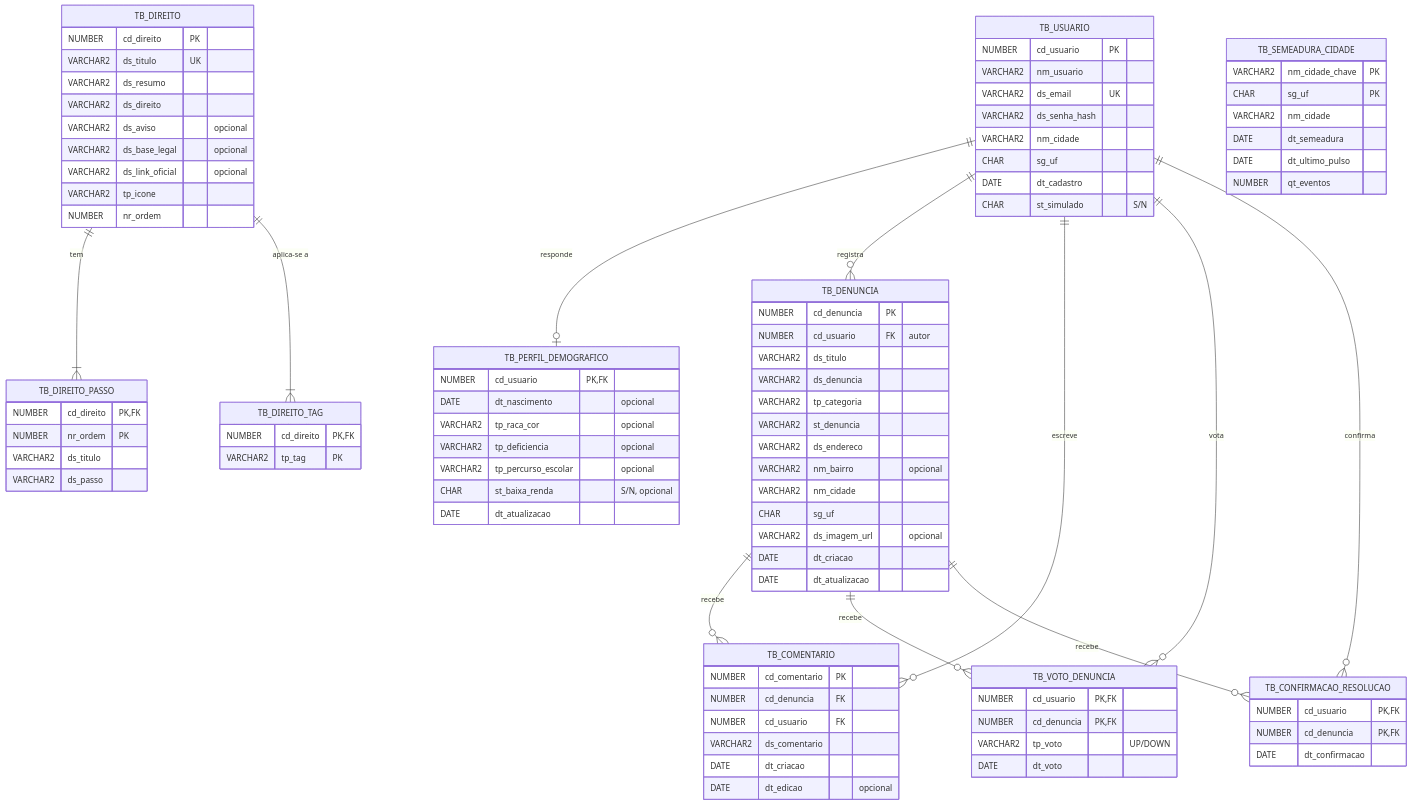
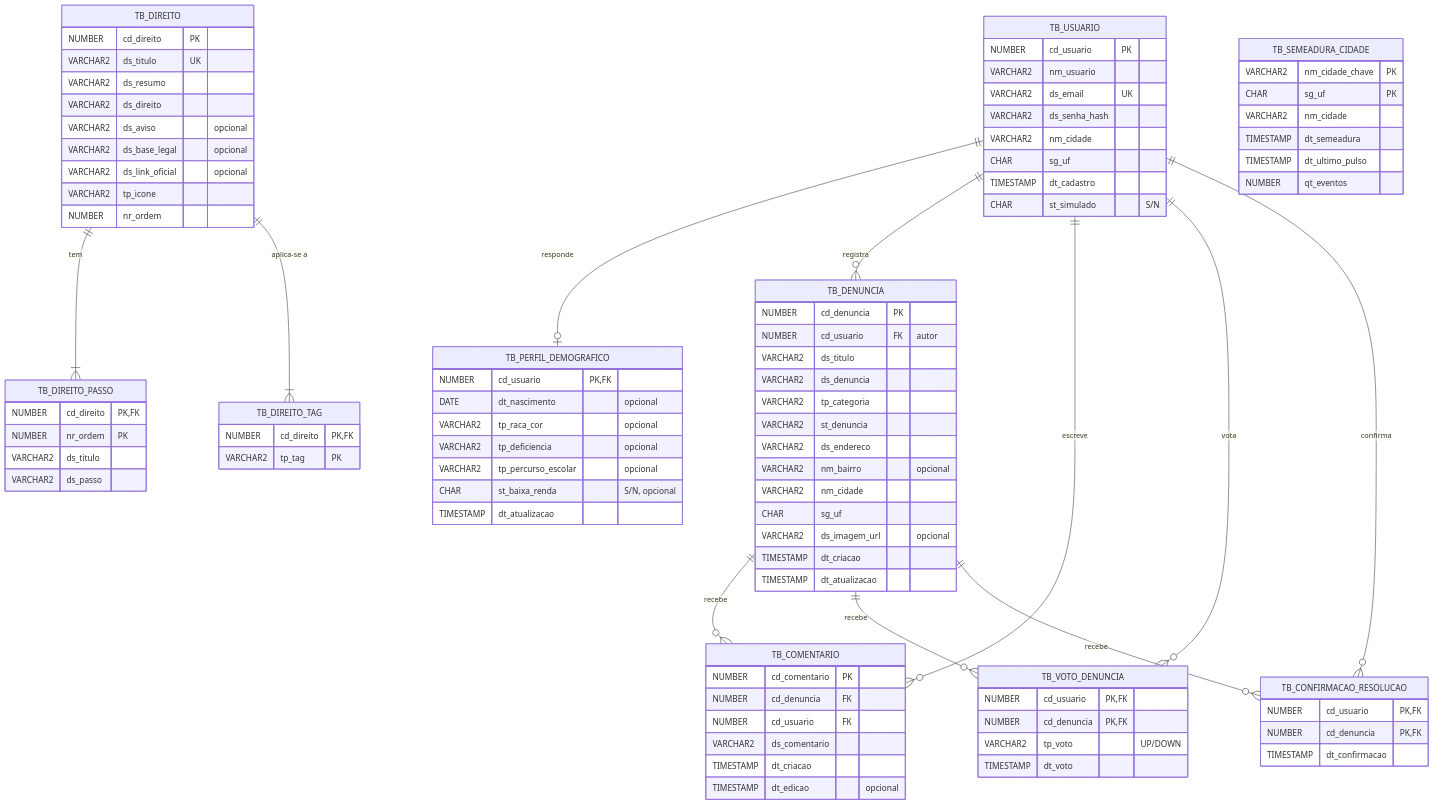
Before and after one commit to JoaoRicardoSOC/meus-direitos: the diagram in docs/diagramas/diagrama-er.md, drawn with Mermaid. The commit also changed other lines of this file, not shown here.

Commit message:
docs(diagramas): alinha o diagrama er as tabelas reais do banco

````diff
--- a/docs/diagramas/diagrama-er.md
+++ b/docs/diagramas/diagrama-er.md
@@ -25,7 +25,7 @@
         VARCHAR2 ds_senha_hash
         VARCHAR2 nm_cidade
         CHAR sg_uf
-        DATE dt_cadastro
+        TIMESTAMP dt_cadastro
         CHAR st_simulado "S/N"
     }
 
@@ -36,7 +36,7 @@
         VARCHAR2 tp_deficiencia "opcional"
         VARCHAR2 tp_percurso_escolar "opcional"
         CHAR st_baixa_renda "S/N, opcional"
-        DATE dt_atualizacao
+        TIMESTAMP dt_atualizacao
     }
 
     TB_DENUNCIA {
@@ -51,8 +51,8 @@
         VARCHAR2 nm_cidade
         CHAR sg_uf
         VARCHAR2 ds_imagem_url "opcional"
-        DATE dt_criacao
-        DATE dt_atualizacao
+        TIMESTAMP dt_criacao
+        TIMESTAMP dt_atualizacao
     }
 
     TB_COMENTARIO {
@@ -60,21 +60,21 @@
         NUMBER cd_denuncia FK
         NUMBER cd_usuario FK
         VARCHAR2 ds_comentario
-        DATE dt_criacao
-        DATE dt_edicao "opcional"
+        TIMESTAMP dt_criacao
+        TIMESTAMP dt_edicao "opcional"
     }
 
     TB_VOTO_DENUNCIA {
         NUMBER cd_usuario PK,FK
         NUMBER cd_denuncia PK,FK
         VARCHAR2 tp_voto "UP/DOWN"
-        DATE dt_voto
+        TIMESTAMP dt_voto
     }
 
     TB_CONFIRMACAO_RESOLUCAO {
         NUMBER cd_usuario PK,FK
         NUMBER cd_denuncia PK,FK
-        DATE dt_confirmacao
+        TIMESTAMP dt_confirmacao
     }
 
     TB_DIREITO {
@@ -105,8 +105,8 @@
         VARCHAR2 nm_cidade_chave PK
         CHAR sg_uf PK
         VARCHAR2 nm_cidade
-        DATE dt_semeadura
-        DATE dt_ultimo_pulso
+        TIMESTAMP dt_semeadura
+        TIMESTAMP dt_ultimo_pulso
         NUMBER qt_eventos
     }
 ```
````
